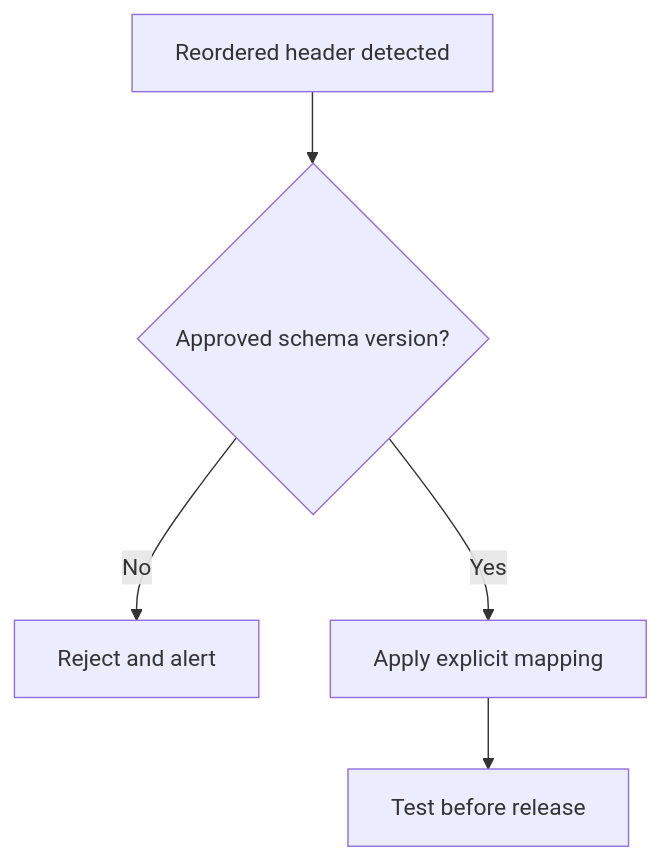
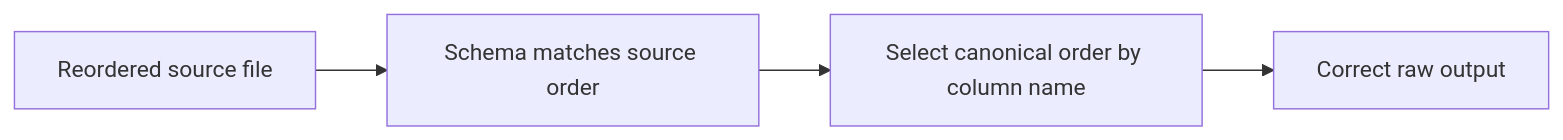
The tenth of 15 diagrams in 03_file_based_ingestion/session_4/customer_schema_evolution/customer_schema_evolution_notes.md (tg117official/databricks-hands-on-tg117-pst), drawn with Mermaid before and after one commit. The commit also changed other lines of this file and 4 other files, not shown here.

Commit message:
added schema evolution scenarios problem solution approach

````diff
--- a/03_file_based_ingestion/session_4/customer_schema_evolution/customer_schema_evolution_notes.md
+++ b/03_file_based_ingestion/session_4/customer_schema_evolution/customer_schema_evolution_notes.md
@@ -655,7 +523,6 @@
 ```mermaid
-flowchart TD
-    A[Reordered header detected] --> B{Approved schema version?}
-    B -->|No| C[Reject and alert]
-    B -->|Yes| D[Apply explicit mapping]
-    D --> E[Test before release]
+flowchart LR
+    A[Reordered source file] --> B[Schema matches source order]
+    B --> C[Select canonical order by column name]
+    C --> D[Correct raw output]
 ```
````
